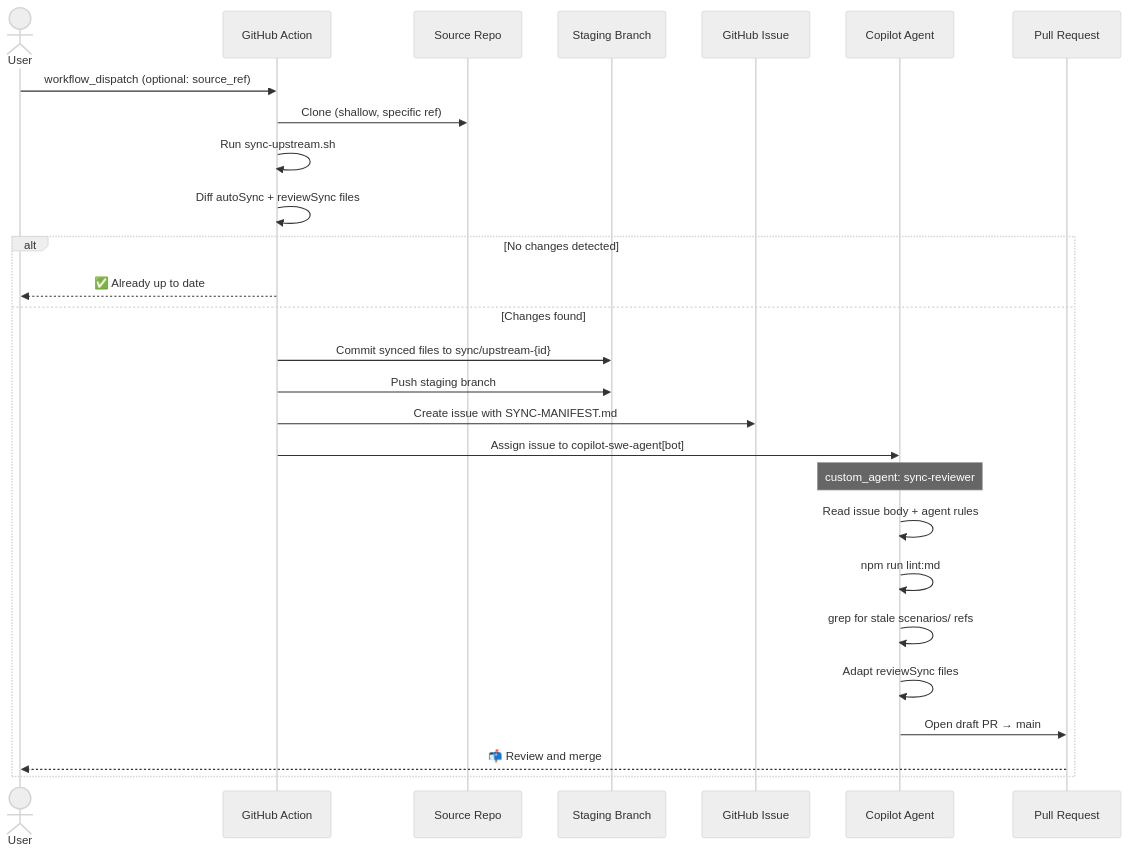
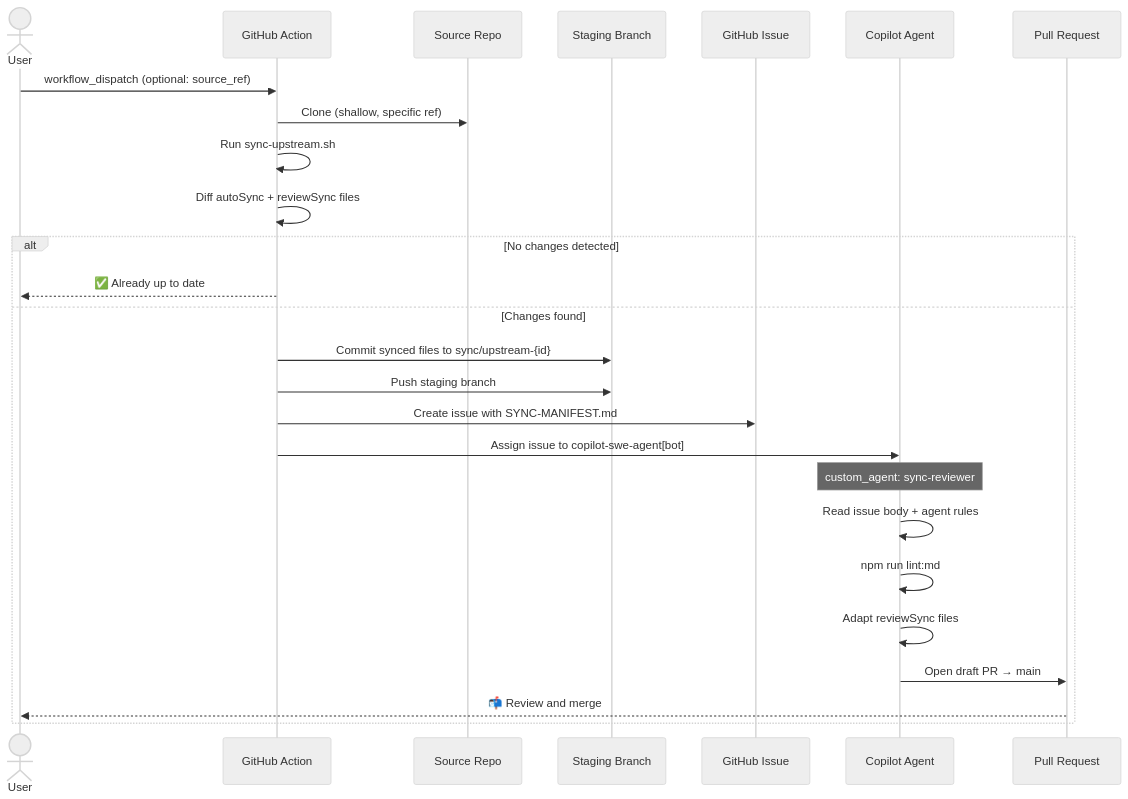
One commit to StormyDevil/azure-agentic-infraops-workshop changed the third of 4 diagrams in docs/upstream-sync.md. Above: the diagram before and after it, drawn with Mermaid. The commit also changed other lines of this file and 64 other files, not shown here.

````diff
--- a/docs/upstream-sync.md
+++ b/docs/upstream-sync.md
@@ -106,32 +106,31 @@
 ```mermaid
 %%{init: {'theme':'neutral'}}%%
 sequenceDiagram
     actor User
     participant Action as GitHub Action
     participant Source as Source Repo
     participant Branch as Staging Branch
     participant Issue as GitHub Issue
     participant Agent as Copilot Agent
     participant PR as Pull Request
 
     User->>Action: workflow_dispatch (optional: source_ref)
     Action->>Source: Clone (shallow, specific ref)
     Action->>Action: Run sync-upstream.sh
     Action->>Action: Diff autoSync + reviewSync files
 
     alt No changes detected
         Action-->>User: ✅ Already up to date
     else Changes found
         Action->>Branch: Commit synced files to sync/upstream-{id}
         Action->>Branch: Push staging branch
         Action->>Issue: Create issue with SYNC-MANIFEST.md
         Action->>Agent: Assign issue to copilot-swe-agent[bot]
         Note over Agent: custom_agent: sync-reviewer
         Agent->>Agent: Read issue body + agent rules
         Agent->>Agent: npm run lint:md
-        Agent->>Agent: grep for stale scenarios/ refs
         Agent->>Agent: Adapt reviewSync files
         Agent->>PR: Open draft PR → main
         PR-->>User: 📬 Review and merge
     end
 ```
````
